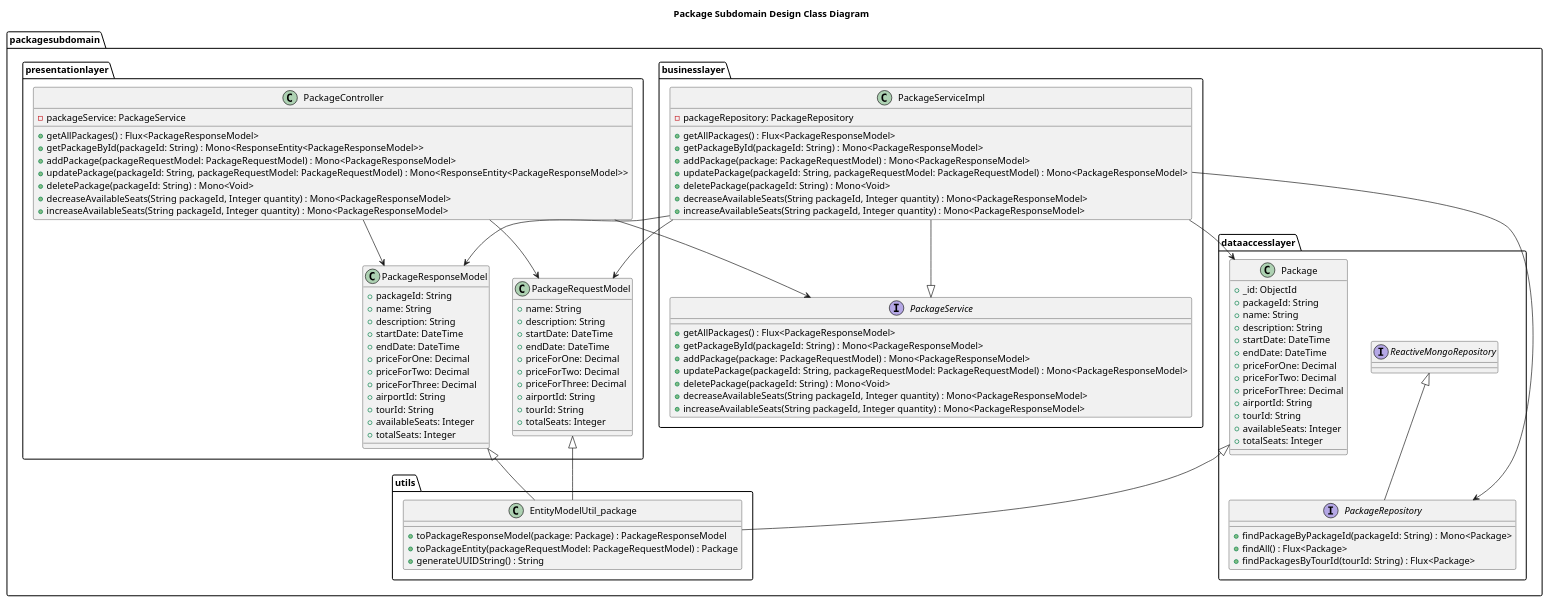
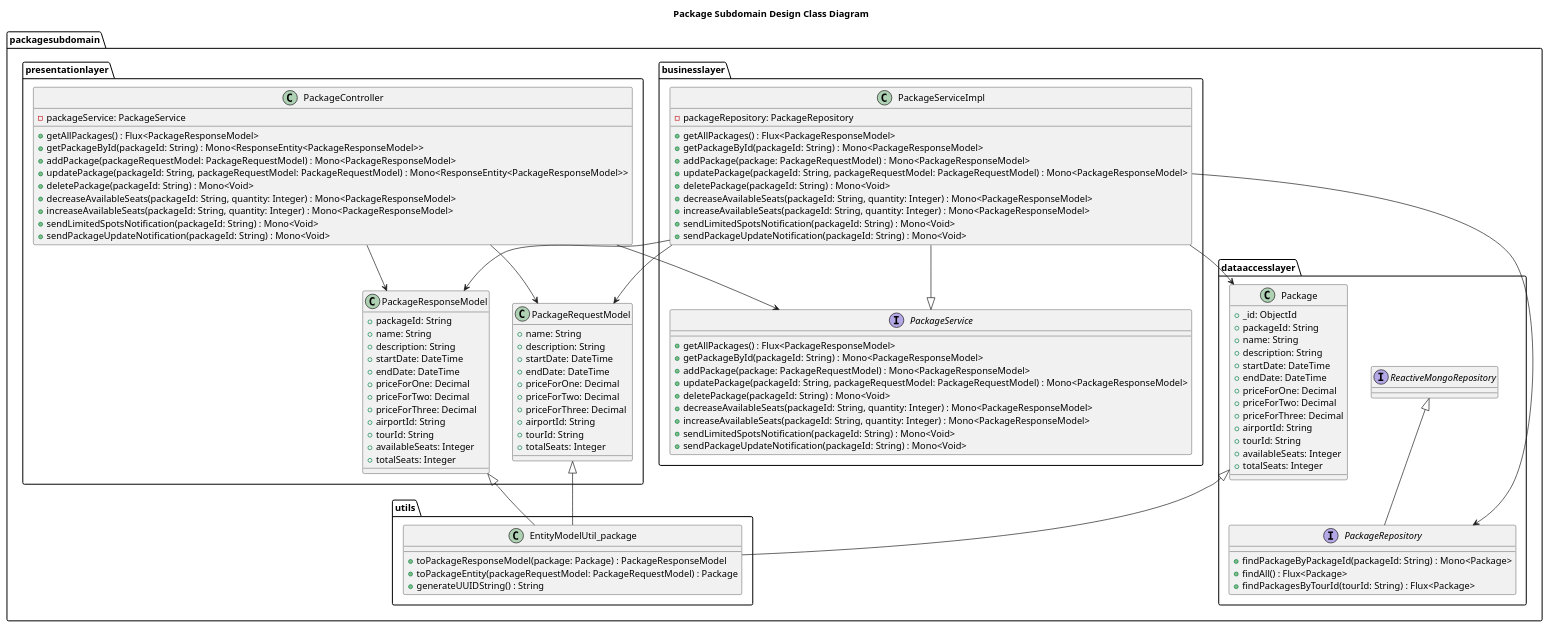
The diagram in diagrams/Design_Level_Class_Diagrams/Package.puml (Hares-2088/TravelTrove), drawn with PlantUML before and after one commit. The commit also changed 2 other files, not shown here.

```diff
--- a/diagrams/Design_Level_Class_Diagrams/Package.puml
+++ b/diagrams/Design_Level_Class_Diagrams/Package.puml
@@ -1,114 +1,120 @@
 @startuml
 title Package Subdomain Design Class Diagram
 
 package "packagesubdomain" {
     package "businesslayer" {
         interface PackageService {
             + getAllPackages() : Flux<PackageResponseModel>
             + getPackageById(packageId: String) : Mono<PackageResponseModel>
             + addPackage(package: PackageRequestModel) : Mono<PackageResponseModel>
             + updatePackage(packageId: String, packageRequestModel: PackageRequestModel) : Mono<PackageResponseModel>
             + deletePackage(packageId: String) : Mono<Void>
-            + decreaseAvailableSeats(String packageId, Integer quantity) : Mono<PackageResponseModel>
-            + increaseAvailableSeats(String packageId, Integer quantity) : Mono<PackageResponseModel>
+            + decreaseAvailableSeats(packageId: String, quantity: Integer) : Mono<PackageResponseModel>
+            + increaseAvailableSeats(packageId: String, quantity: Integer) : Mono<PackageResponseModel>
+            + sendLimitedSpotsNotification(packageId: String) : Mono<Void>
+            + sendPackageUpdateNotification(packageId: String) : Mono<Void>
         }
 
         class PackageServiceImpl {
             - packageRepository: PackageRepository
             + getAllPackages() : Flux<PackageResponseModel>
             + getPackageById(packageId: String) : Mono<PackageResponseModel>
             + addPackage(package: PackageRequestModel) : Mono<PackageResponseModel>
             + updatePackage(packageId: String, packageRequestModel: PackageRequestModel) : Mono<PackageResponseModel>
             + deletePackage(packageId: String) : Mono<Void>
-            + decreaseAvailableSeats(String packageId, Integer quantity) : Mono<PackageResponseModel>
-            + increaseAvailableSeats(String packageId, Integer quantity) : Mono<PackageResponseModel>
+            + decreaseAvailableSeats(packageId: String, quantity: Integer) : Mono<PackageResponseModel>
+            + increaseAvailableSeats(packageId: String, quantity: Integer) : Mono<PackageResponseModel>
+            + sendLimitedSpotsNotification(packageId: String) : Mono<Void>
+            + sendPackageUpdateNotification(packageId: String) : Mono<Void>
         }
     }
 
     package "dataaccesslayer" {
         class Package {
             + _id: ObjectId
             + packageId: String
             + name: String
             + description: String
             + startDate: DateTime
             + endDate: DateTime
             + priceForOne: Decimal
             + priceForTwo: Decimal
             + priceForThree: Decimal
             + airportId: String
             + tourId: String
             + availableSeats: Integer
             + totalSeats: Integer
         }
 
         interface PackageRepository extends ReactiveMongoRepository {
             + findPackageByPackageId(packageId: String) : Mono<Package>
             + findAll() : Flux<Package>
             + findPackagesByTourId(tourId: String) : Flux<Package>
         }
     }
 
     package "presentationlayer" {
         class PackageRequestModel {
             + name: String
             + description: String
             + startDate: DateTime
             + endDate: DateTime
             + priceForOne: Decimal
             + priceForTwo: Decimal
             + priceForThree: Decimal
             + airportId: String
             + tourId: String
             + totalSeats: Integer
         }
 
         class PackageResponseModel {
             + packageId: String
             + name: String
             + description: String
             + startDate: DateTime
             + endDate: DateTime
             + priceForOne: Decimal
             + priceForTwo: Decimal
             + priceForThree: Decimal
             + airportId: String
             + tourId: String
             + availableSeats: Integer
             + totalSeats: Integer
         }
 
         class PackageController {
             - packageService: PackageService
             + getAllPackages() : Flux<PackageResponseModel>
             + getPackageById(packageId: String) : Mono<ResponseEntity<PackageResponseModel>>
             + addPackage(packageRequestModel: PackageRequestModel) : Mono<PackageResponseModel>
             + updatePackage(packageId: String, packageRequestModel: PackageRequestModel) : Mono<ResponseEntity<PackageResponseModel>>
             + deletePackage(packageId: String) : Mono<Void>
-            + decreaseAvailableSeats(String packageId, Integer quantity) : Mono<PackageResponseModel>
-            + increaseAvailableSeats(String packageId, Integer quantity) : Mono<PackageResponseModel>
+            + decreaseAvailableSeats(packageId: String, quantity: Integer) : Mono<PackageResponseModel>
+            + increaseAvailableSeats(packageId: String, quantity: Integer) : Mono<PackageResponseModel>
+            + sendLimitedSpotsNotification(packageId: String) : Mono<Void>
+            + sendPackageUpdateNotification(packageId: String) : Mono<Void>
         }
     }
 
     package "utils" {
         class EntityModelUtil_package {
             + toPackageResponseModel(package: Package) : PackageResponseModel
             + toPackageEntity(packageRequestModel: PackageRequestModel) : Package
             + generateUUIDString() : String
         }
     }
 
     PackageServiceImpl -down-|> PackageService
     PackageServiceImpl -down-> PackageRepository
     PackageController -down-> PackageService
     PackageController -down-> PackageRequestModel
     PackageController -down-> PackageResponseModel
     PackageServiceImpl -down-> Package
     PackageServiceImpl -down-> PackageRequestModel
     PackageServiceImpl -down-> PackageResponseModel
     EntityModelUtil_package -up-^ Package
     EntityModelUtil_package -up-^ PackageRequestModel
     EntityModelUtil_package -up-^ PackageResponseModel
 }
 
 @enduml
```
